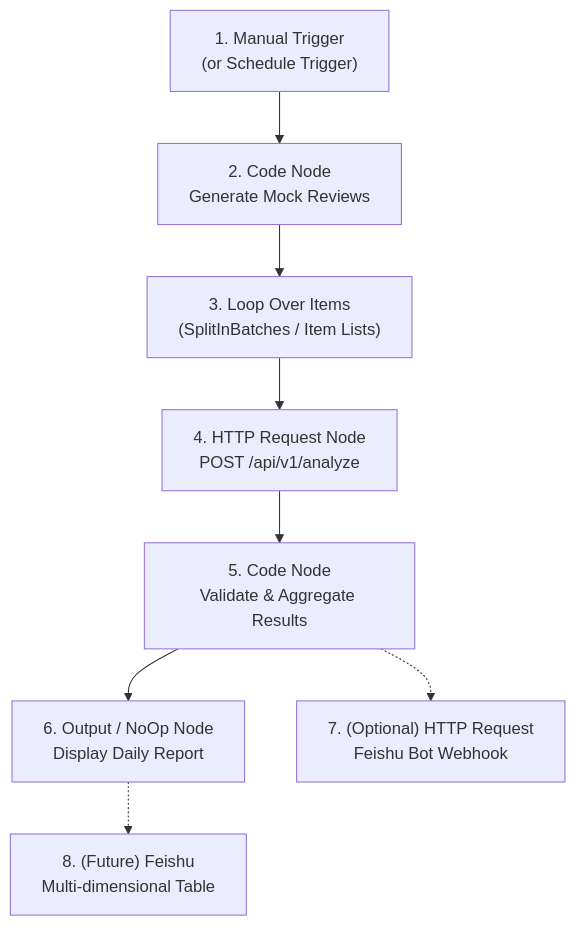
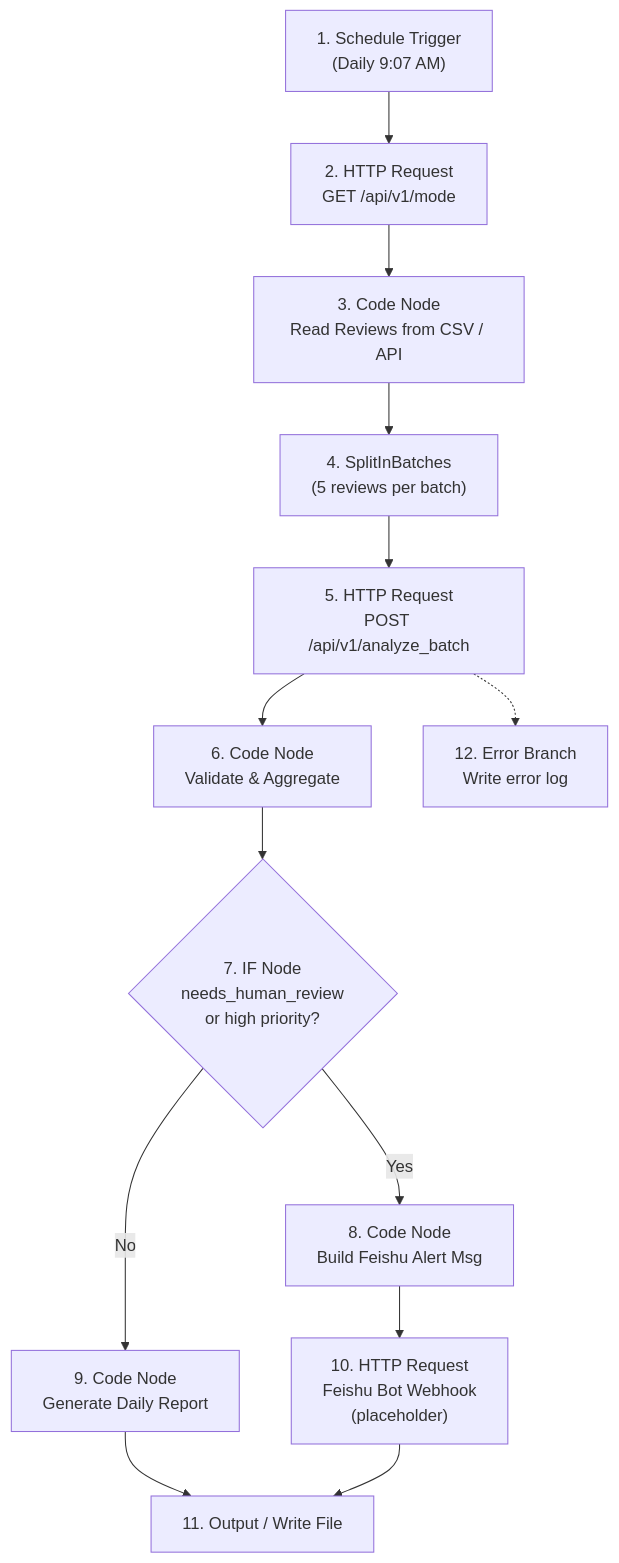
One commit to DGXSHDY1110/Ecommerce-Review-Agent changed the first of 2 diagrams in n8n/workflow_design.md. Above: the diagram before and after it, drawn with Mermaid. The commit also changed other lines of this file and 6 other files, not shown here.

````diff
--- a/n8n/workflow_design.md
+++ b/n8n/workflow_design.md
@@ -104,10 +93,15 @@
 ```mermaid
 graph TD
-    START["1. Manual Trigger<br/>(or Schedule Trigger)"] --> GEN["2. Code Node<br/>Generate Mock Reviews"]
-    GEN --> LOOP["3. Loop Over Items<br/>(SplitInBatches / Item Lists)"]
-    LOOP --> HTTP["4. HTTP Request Node<br/>POST /api/v1/analyze"]
-    HTTP --> VALIDATE["5. Code Node<br/>Validate & Aggregate Results"]
-    VALIDATE --> OUTPUT["6. Output / NoOp Node<br/>Display Daily Report"]
-    VALIDATE -.-> FEISHU["7. (Optional) HTTP Request<br/>Feishu Bot Webhook"]
-    OUTPUT -.-> TABLE["8. (Future) Feishu<br/>Multi-dimensional Table"]
+    START["1. Schedule Trigger<br/>(Daily 9:07 AM)"] --> MODE["2. HTTP Request<br/>GET /api/v1/mode"]
+    MODE --> READ["3. Code Node<br/>Read Reviews from CSV / API"]
+    READ --> SPLIT["4. SplitInBatches<br/>(5 reviews per batch)"]
+    SPLIT --> BATCH["5. HTTP Request<br/>POST /api/v1/analyze_batch"]
+    BATCH --> VALIDATE["6. Code Node<br/>Validate & Aggregate"]
+    VALIDATE --> IF_HR{"7. IF Node<br/>needs_human_review<br/>or high priority?"}
+    IF_HR -->|Yes| ALERT["8. Code Node<br/>Build Feishu Alert Msg"]
+    IF_HR -->|No| REPORT["9. Code Node<br/>Generate Daily Report"]
+    ALERT --> FEISHU["10. HTTP Request<br/>Feishu Bot Webhook<br/>(placeholder)"]
+    REPORT --> OUTPUT["11. Output / Write File"]
+    FEISHU --> OUTPUT
+    BATCH -.-> ERRLOG["12. Error Branch<br/>Write error log"]
 ```
````
